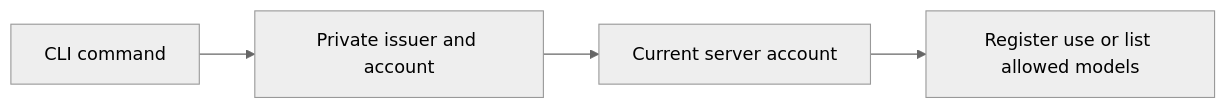
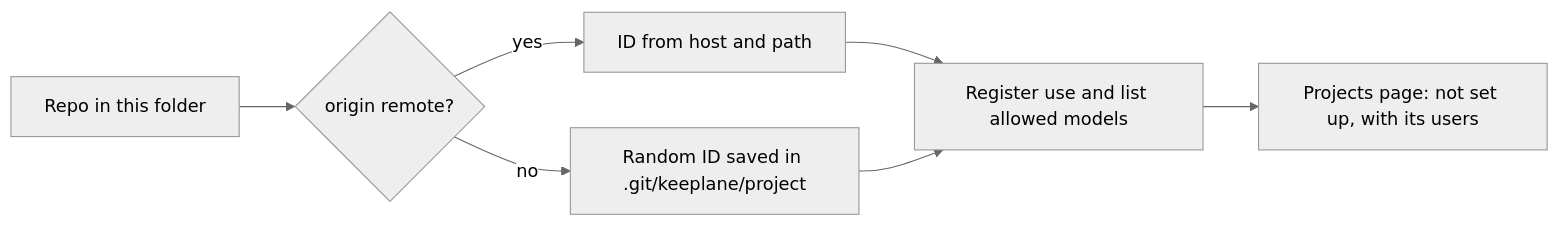
The diagram in docs/guide/cli-project-commands.md (OsamaFelFel/keeplane), drawn with Mermaid (neutral theme) before and after one commit. The commit also changed other lines of this file and 19 other files, not shown here.

First line of the commit message:
feat(cli): code in any repo with no setup

````diff
--- a/docs/guide/cli-project-commands.md
+++ b/docs/guide/cli-project-commands.md
@@ -32,6 +62,9 @@
 ```mermaid
 flowchart LR
-  CLI[CLI command] --> Profile[Private issuer and account]
-  Profile --> Check[Current server account]
-  Check --> Project[Register use or list allowed models]
+  Repo[Repo in this folder] --> Remote{origin remote?}
+  Remote -->|yes| Derived[ID from host and path]
+  Remote -->|no| Saved[Random ID saved in .git/keeplane/project]
+  Derived --> Server[Register use and list allowed models]
+  Saved --> Server
+  Server --> Projects[Projects page: not set up, with its users]
 ```
````
